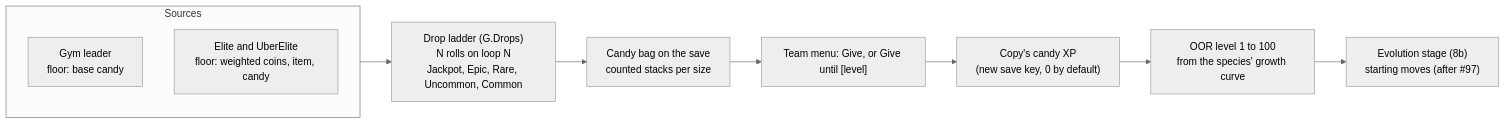
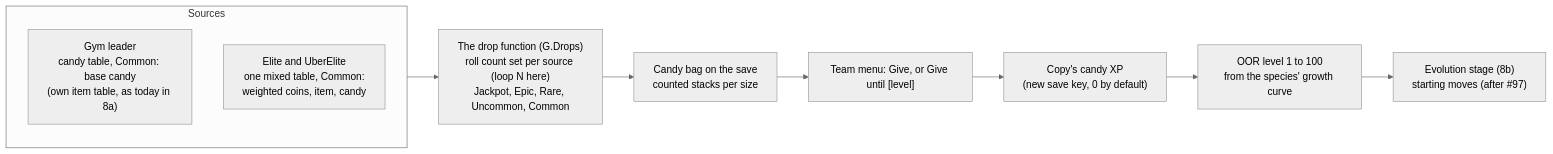
One commit to Jess-Rivera/pokesurvivor_fork changed the first of 4 diagrams in docs/AI Outputs/Issue-139/139a - Candy Build Plan.md. Above: the diagram before and after it, drawn with Mermaid (neutral theme). The commit also changed other lines of this file and 1 other file, not shown here.

Commit message:
139a: one drop function for every loot drop; candy tables approved; fixed tier-to-size rule rejected

````diff
--- a/docs/AI Outputs/Issue-139/139a - Candy Build Plan.md
+++ b/docs/AI Outputs/Issue-139/139a - Candy Build Plan.md
@@ -18,13 +19,13 @@
 ```mermaid
 flowchart LR
   subgraph src["Sources"]
-    G["Gym leader<br/>floor: base candy"]
-    E["Elite and UberElite<br/>floor: weighted coins, item, candy"]
+    G["Gym leader<br/>candy table, Common: base candy<br/>(own item table, as today in 8a)"]
+    E["Elite and UberElite<br/>one mixed table, Common:<br/>weighted coins, item, candy"]
   end
-  src --> L["Drop ladder (G.Drops)<br/>N rolls on loop N<br/>Jackpot, Epic, Rare, Uncommon, Common"]
+  src --> L["The drop function (G.Drops)<br/>roll count set per source (loop N here)<br/>Jackpot, Epic, Rare, Uncommon, Common"]
   L --> B["Candy bag on the save<br/>counted stacks per size"]
   B --> Give["Team menu: Give, or Give until [level]"]
   Give --> X["Copy's candy XP<br/>(new save key, 0 by default)"]
   X --> Lv["OOR level 1 to 100<br/>from the species' growth curve"]
   Lv --> Out["Evolution stage (8b)<br/>starting moves (after #97)"]
 ```
````
